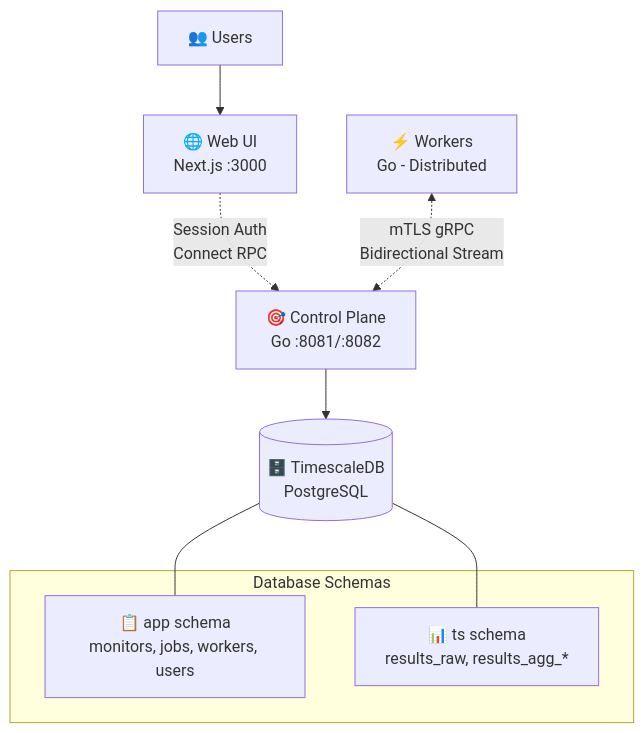
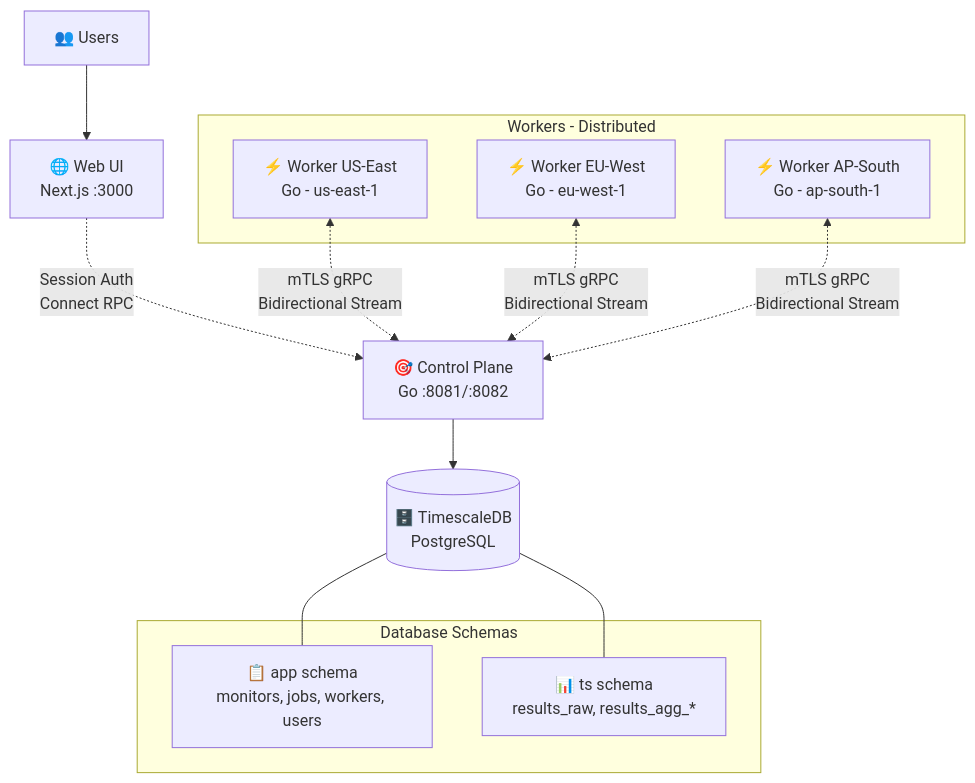
Before and after one commit to crisog/openseer: the diagram in README.md, drawn with Mermaid.

````diff
--- a/README.md
+++ b/README.md
@@ -7,21 +7,28 @@
 ```mermaid
 graph TB
     Users[👥 Users]
     WebUI[🌐 Web UI<br/>Next.js :3000]
     ControlPlane[🎯 Control Plane<br/>Go :8081/:8082]
-    Workers[⚡ Workers<br/>Go - Distributed]
     Database[(🗄️ TimescaleDB<br/>PostgreSQL)]
+
+    subgraph "Workers - Distributed"
+        WorkerUS[⚡ Worker US-East<br/>Go - us-east-1]
+        WorkerEU[⚡ Worker EU-West<br/>Go - eu-west-1]
+        WorkerAP[⚡ Worker AP-South<br/>Go - ap-south-1]
+    end
 
     Users --> WebUI
     WebUI -.->|Session Auth<br/>Connect RPC| ControlPlane
-    Workers <-.->|mTLS gRPC<br/>Bidirectional Stream| ControlPlane
+    WorkerUS <-.->|mTLS gRPC<br/>Bidirectional Stream| ControlPlane
+    WorkerEU <-.->|mTLS gRPC<br/>Bidirectional Stream| ControlPlane
+    WorkerAP <-.->|mTLS gRPC<br/>Bidirectional Stream| ControlPlane
     ControlPlane --> Database
 
     subgraph "Database Schemas"
         AppSchema[📋 app schema<br/>monitors, jobs, workers, users]
         TSSchema[📊 ts schema<br/>results_raw, results_agg_*]
     end
 
     Database --- AppSchema
     Database --- TSSchema
 ```
````
